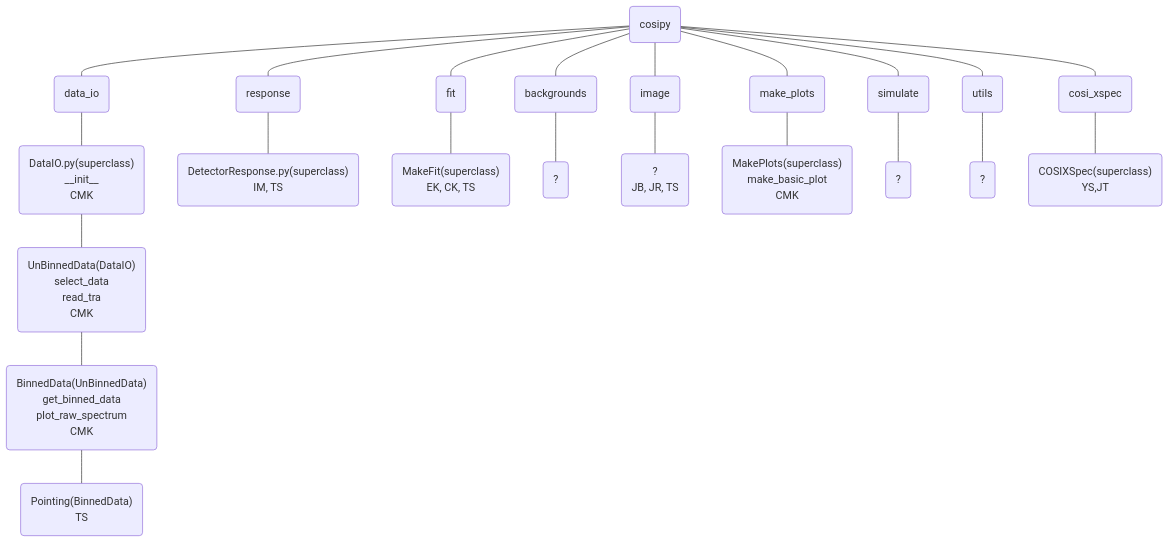
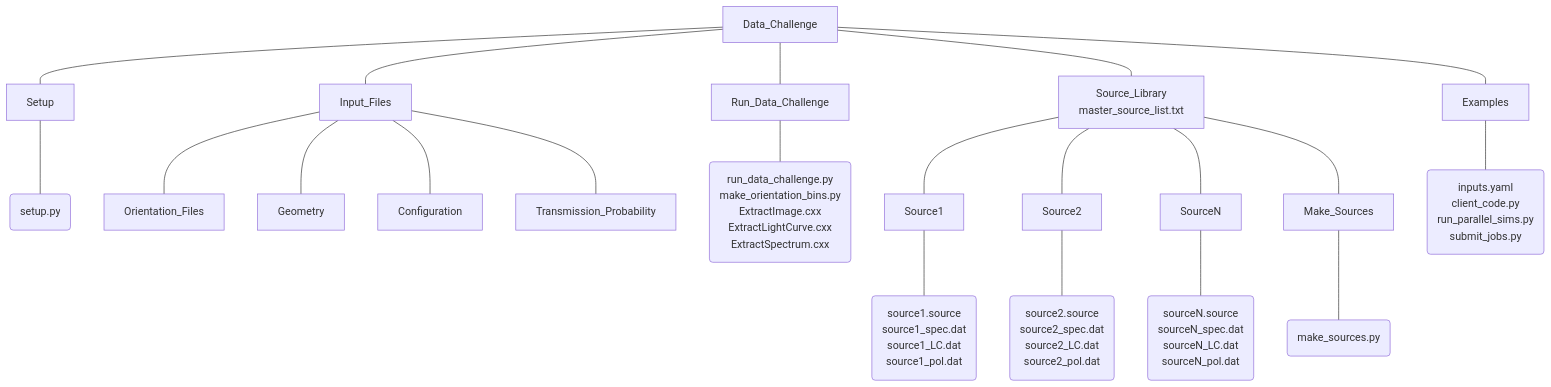
One commit to ckarwin/COSI changed the diagram in Data_Challenge_Home/README.md. Above: the diagram before and after it, drawn with Mermaid. The commit also changed other lines of this file, not shown here.

````diff
--- a/Data_Challenge_Home/README.md
+++ b/Data_Challenge_Home/README.md
@@ -15,16 +18,20 @@
 ```mermaid
+%%{init: {'theme':'default'}}%%
 graph TD;
-    A(cosipy)--- B(data_io) & C(response) & D(fit) & E(backgrounds) & F(image) & G(make_plots) & H(simulate) & I(utils) & J(cosi_xspec); 
-    B --- Ba("DataIO.py(superclass)"<br>__init__<br>CMK);
-    Ba --- Bb("UnBinnedData(DataIO)"<br>select_data<br>read_tra<br>CMK);
-    Bb --- Bc("BinnedData(UnBinnedData)" <br>get_binned_data<br>plot_raw_spectrum<br>CMK);
-    Bc --- Bd("Pointing(BinnedData)"<br>TS);
-    C --- Ca("DetectorResponse.py(superclass)"<br>IM, TS);
-    D --- Da("MakeFit(superclass)"<br>EK, CK, TS);
-    E --- Ea("?");
-    F --- Fa("?"<br>JB, JR, TS);
-    G --- Ga("MakePlots(superclass)"<br>make_basic_plot<br>CMK);
-    H --- Ha("?");
-    I --- Ia("?");
-    J --- Ja("COSIXSpec(superclass)"<br>YS,JT); 
+    A[Data_Challenge] --- B[Setup] & C[Input_Files] & D[Run_Data_Challenge] & E[Source_Library<br>master_source_list.txt] & F[Examples];
+    B --- Ba(setup.py);
+    C --- Ca["Orientation_Files"];
+    C --- Cb[Geometry];
+    C --- Cd[Configuration];
+    C --- Ce["Transmission_Probability"];
+    D --- Da(run_data_challenge.py<br>make_orientation_bins.py<br>ExtractImage.cxx<br>ExtractLightCurve.cxx<br>ExtractSpectrum.cxx);
+    E --- Ea[Source1];
+    E --- Eb[Source2];
+    E --- Ec[SourceN];
+    E --- Ed[Make_Sources];
+    Ea --- Eaa(source1.source<br>source1_spec.dat<br>source1_LC.dat<br>source1_pol.dat);
+    Eb --- Ebb(source2.source<br>source2_spec.dat<br>source2_LC.dat<br>source2_pol.dat);
+    Ec --- Ecc(sourceN.source<br>sourceN_spec.dat<br>sourceN_LC.dat<br>sourceN_pol.dat);
+    Ed --- Edd(make_sources.py);
+    F --- Fa(inputs.yaml<br>client_code.py<br>run_parallel_sims.py<br>submit_jobs.py);
 ```
````
